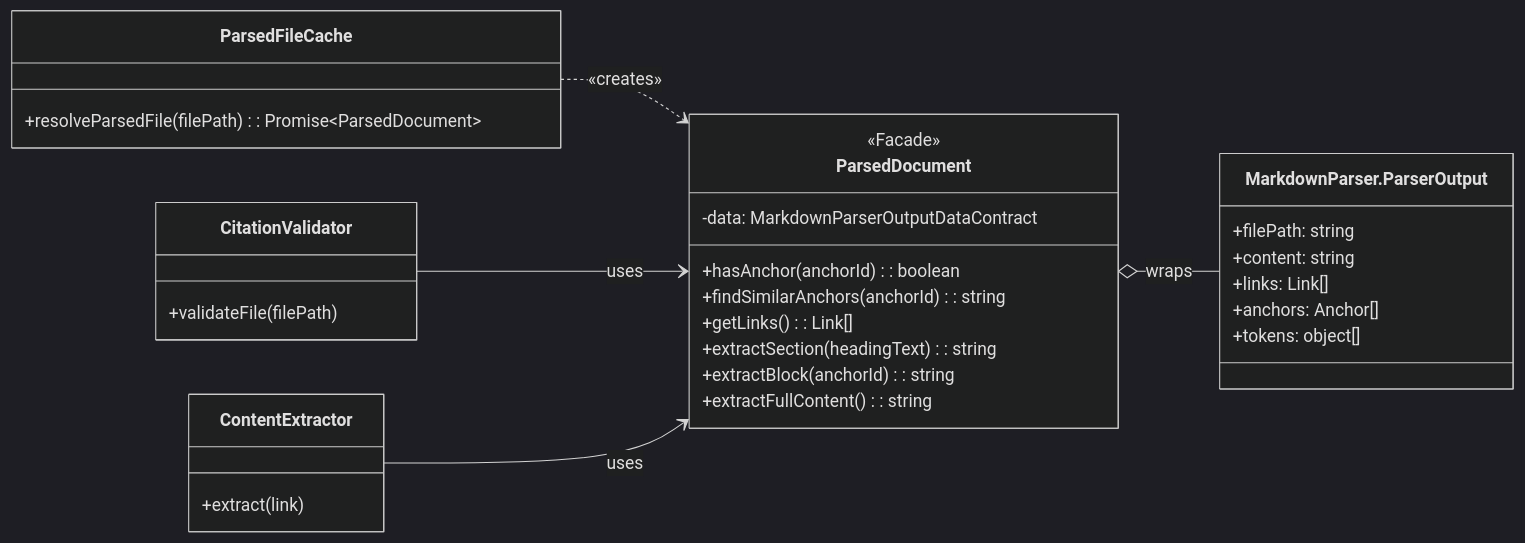
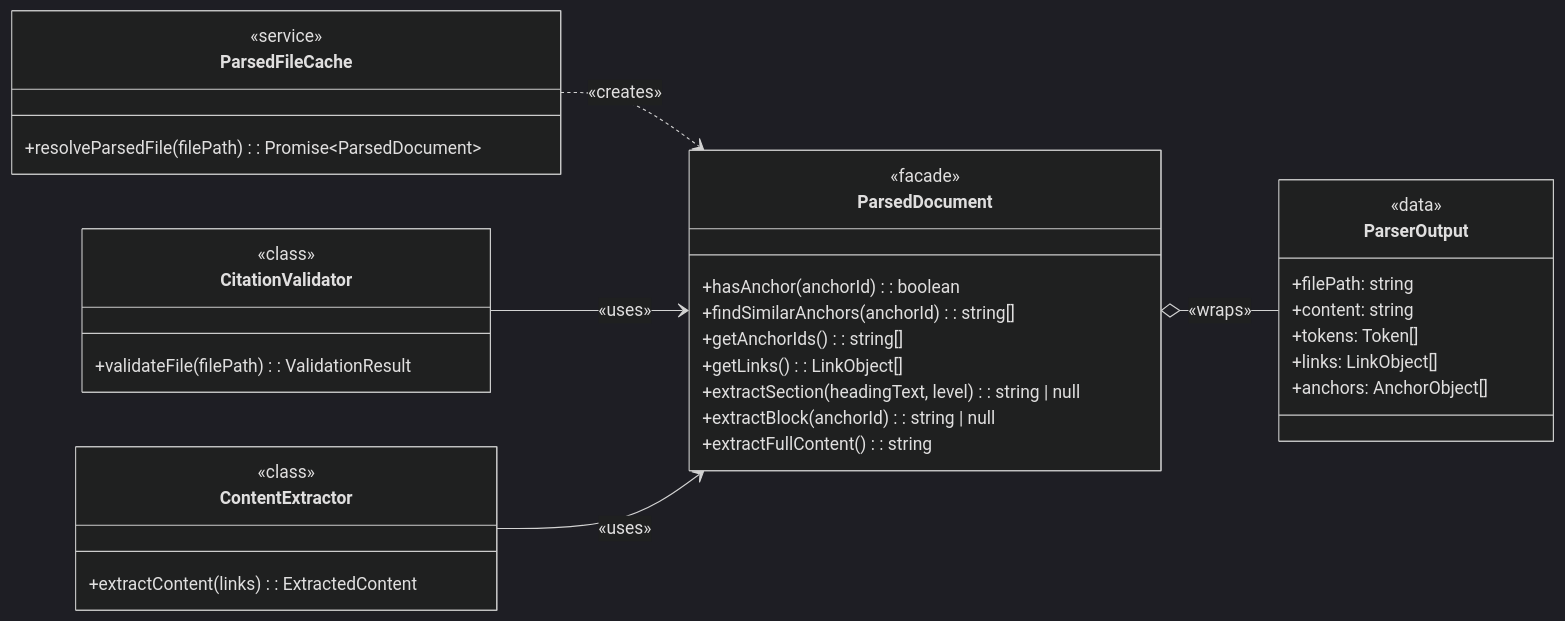
The diagram in tools/citation-manager/design-docs/component-guides/ParsedDocument Implementation Guide.md (WesleyMFrederick/cc-workflows), drawn with Mermaid (dark theme) before and after one commit. The commit also changed other lines of this file and 9 other files, not shown here.

````diff
--- a/tools/citation-manager/design-docs/component-guides/ParsedDocument Implementation Guide.md
+++ b/tools/citation-manager/design-docs/component-guides/ParsedDocument Implementation Guide.md
@@ -36,40 +34,44 @@
 ```mermaid
 classDiagram
     direction LR
 
     class ParsedFileCache {
+        <<service>>
         +resolveParsedFile(filePath): Promise~ParsedDocument~
     }
 
     class ParsedDocument {
-        <<Facade>>
-        -data: MarkdownParserOutputDataContract
+        <<facade>>
         +hasAnchor(anchorId): boolean
-        +findSimilarAnchors(anchorId): string
-        +getLinks(): Link[]
-        +extractSection(headingText): string
-        +extractBlock(anchorId): string
+        +findSimilarAnchors(anchorId): string[]
+        +getAnchorIds(): string[]
+        +getLinks(): LinkObject[]
+        +extractSection(headingText, level): string | null
+        +extractBlock(anchorId): string | null
         +extractFullContent(): string
     }
 
     class CitationValidator {
-        +validateFile(filePath)
+        <<class>>
+        +validateFile(filePath): ValidationResult
     }
 
     class ContentExtractor {
-        +extract(link)
+        <<class>>
+        +extractContent(links): ExtractedContent
     }
 
-    class MarkdownParser.ParserOutput {
+    class ParserOutput {
+        <<data>>
         +filePath: string
         +content: string
-        +links: Link[]
-        +anchors: Anchor[]
-        +tokens: object[]
+        +tokens: Token[]
+        +links: LinkObject[]
+        +anchors: AnchorObject[]
     }
 
     ParsedFileCache ..> ParsedDocument : «creates»
-    CitationValidator --> ParsedDocument : uses
-    ContentExtractor --> ParsedDocument : uses
-    ParsedDocument o-- MarkdownParser.ParserOutput : wraps
+    CitationValidator --> ParsedDocument : «uses»
+    ContentExtractor --> ParsedDocument : «uses»
+    ParsedDocument o-- ParserOutput : «wraps»
 ```
````
